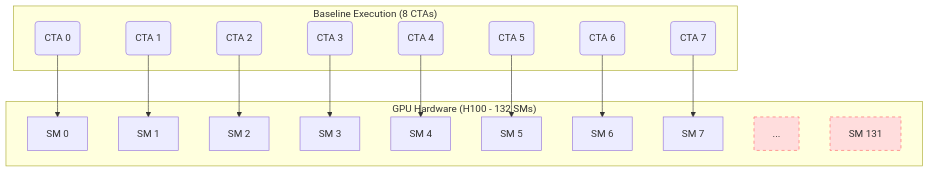
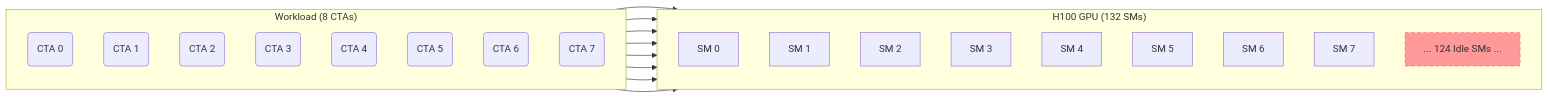
The diagram in TECHNICAL_DETAILS.md (mllopartbsc/fa3-heuristic-fix), drawn with Mermaid before and after one commit. The commit also changed other lines of this file, not shown here.

Commit message:
Add section on original code flaw to technical details

````diff
--- a/TECHNICAL_DETAILS.md
+++ b/TECHNICAL_DETAILS.md
@@ -12,29 +12,38 @@
 ```mermaid
-graph TD
-    subgraph "GPU Hardware (H100 - 132 SMs)"
-        SM1[SM 0]
-        SM2[SM 1]
-        SM3[SM 2]
-        SM4[SM 3]
-        SM5[SM 4]
-        SM6[SM 5]
-        SM7[SM 6]
-        SM8[SM 7]
-        SM_EMPTY[...]
-        SM132[SM 131]
+graph LR
+    subgraph CTAs ["Workload (8 CTAs)"]
+        direction TB
+        C0(CTA 0)
+        C1(CTA 1)
+        C2(CTA 2)
+        C3(CTA 3)
+        C4(CTA 4)
+        C5(CTA 5)
+        C6(CTA 6)
+        C7(CTA 7)
     end
 
-    subgraph "Baseline Execution (8 CTAs)"
-        CTA1(CTA 0) --> SM1
-        CTA2(CTA 1) --> SM2
-        CTA3(CTA 2) --> SM3
-        CTA4(CTA 3) --> SM4
-        CTA5(CTA 4) --> SM5
-        CTA6(CTA 5) --> SM6
-        CTA7(CTA 6) --> SM7
-        CTA8(CTA 7) --> SM8
+    subgraph SMs ["H100 GPU (132 SMs)"]
+        direction TB
+        S0[SM 0]
+        S1[SM 1]
+        S2[SM 2]
+        S3[SM 3]
+        S4[SM 4]
+        S5[SM 5]
+        S6[SM 6]
+        S7[SM 7]
+        S_IDLE[... 124 Idle SMs ...]
     end
 
-    style SM_EMPTY fill:#fdd,stroke:#f66,stroke-dasharray: 5 5
-    style SM132 fill:#fdd,stroke:#f66,stroke-dasharray: 5 5
+    C0 --> S0
+    C1 --> S1
+    C2 --> S2
+    C3 --> S3
+    C4 --> S4
+    C5 --> S5
+    C6 --> S6
+    C7 --> S7
+
+    style S_IDLE fill:#f99,stroke:#f66,stroke-dasharray: 5 5
 ```
````
